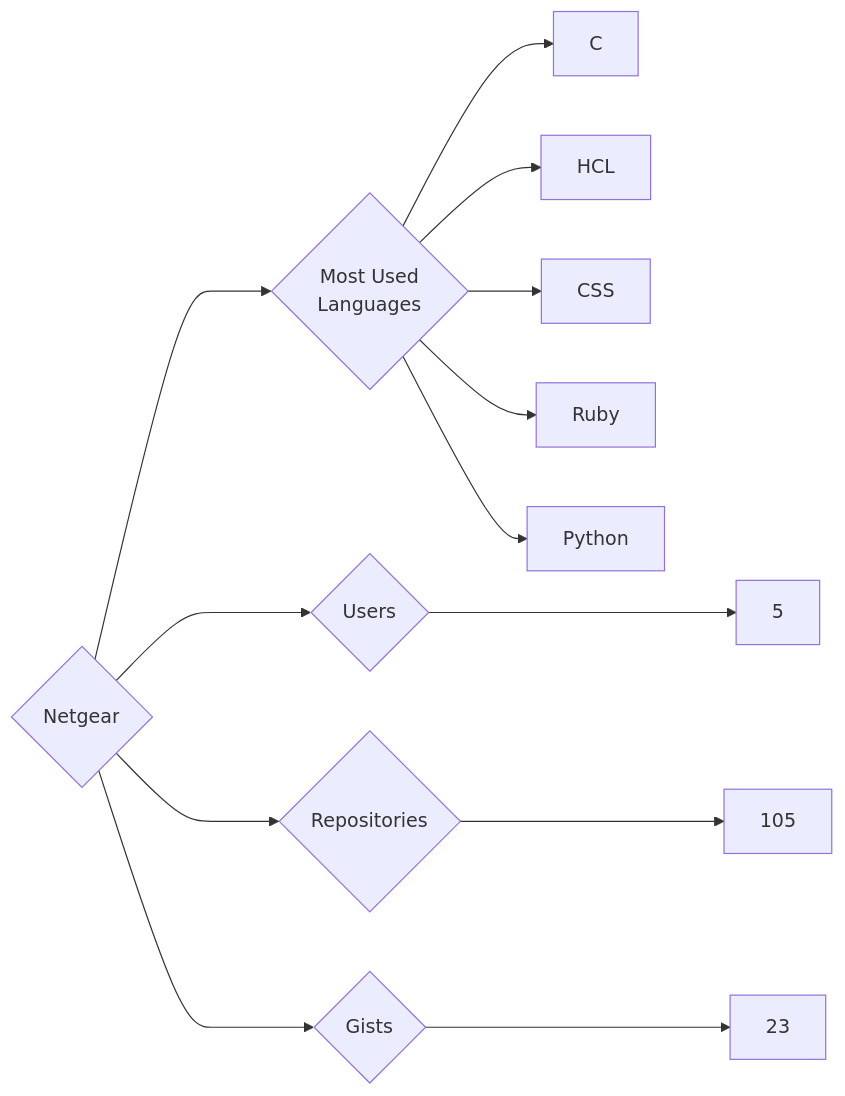
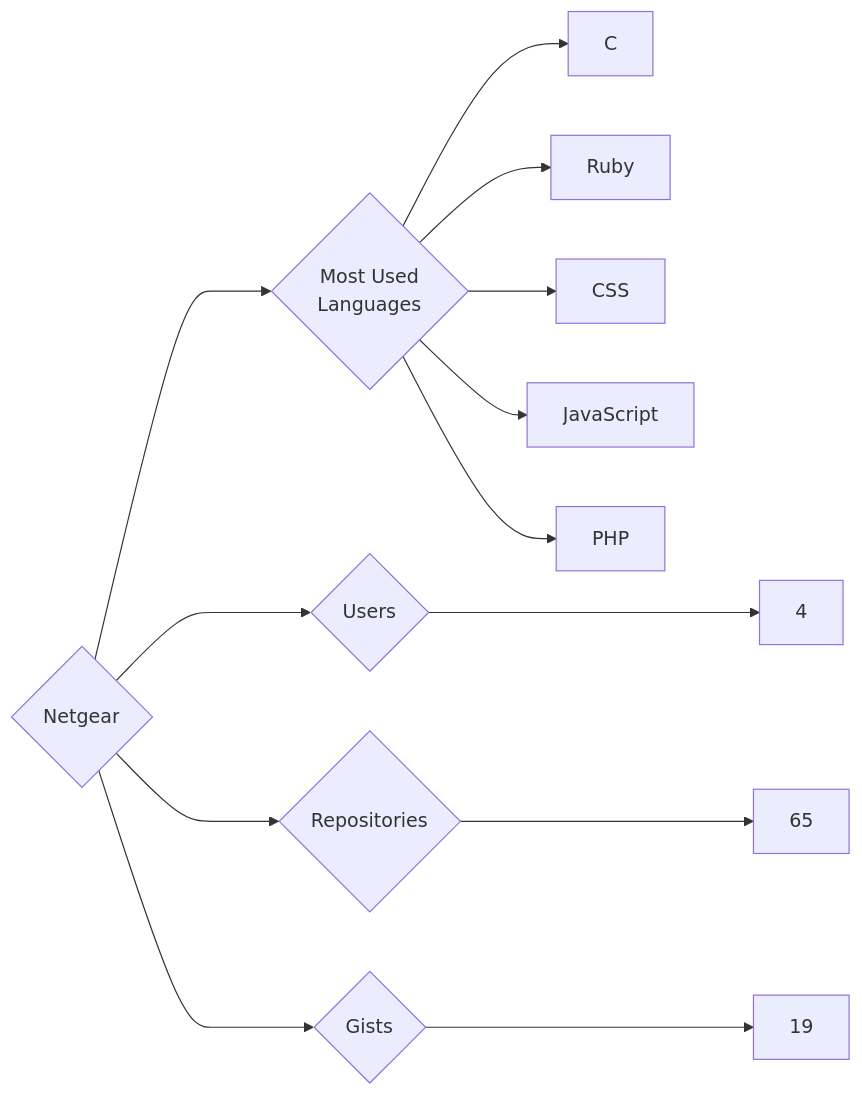
The diagram in targets/Netgear/README.md (trickest/insiders), drawn with Mermaid before and after one commit. The commit also changed 1389 other files, not shown here.

````diff
--- a/targets/Netgear/README.md
+++ b/targets/Netgear/README.md
@@ -3,13 +3,13 @@
 ```mermaid
 graph LR
 COMPANY_NAME{Netgear}
-COMPANY_NAME ---> U{Users} ---> UN[5]
-COMPANY_NAME ---> R{Repositories} ---> RN[105]
-COMPANY_NAME ---> G{Gists} ---> GN[23]
+COMPANY_NAME ---> U{Users} ---> UN[4]
+COMPANY_NAME ---> R{Repositories} ---> RN[65]
+COMPANY_NAME ---> G{Gists} ---> GN[19]
 COMPANY_NAME ---> ML{Most Used<br>Languages}
 ML --> C[C]
-ML --> HCL[HCL]
+ML --> Ruby[Ruby]
 ML --> CSS[CSS]
-ML --> Ruby[Ruby]
-ML --> Python[Python]
+ML --> JavaScript[JavaScript]
+ML --> PHP[PHP]
 ```
````
